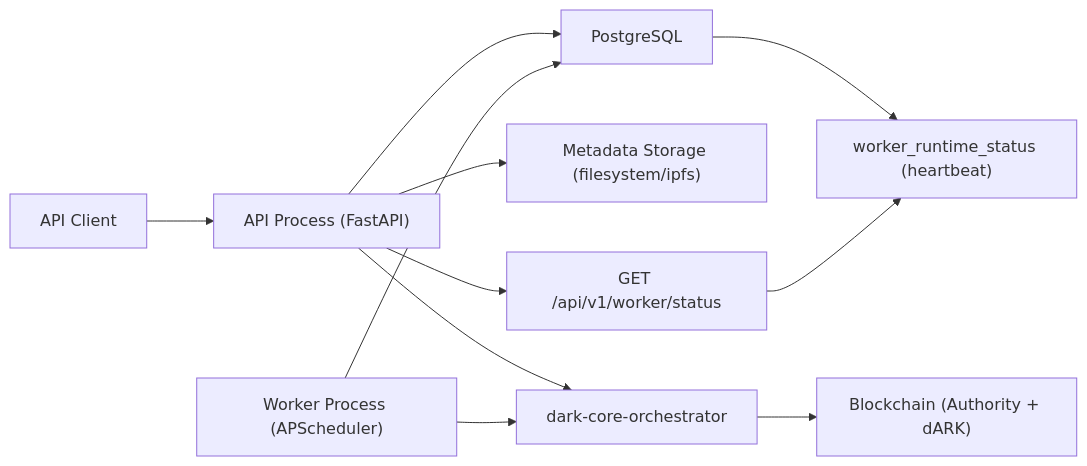
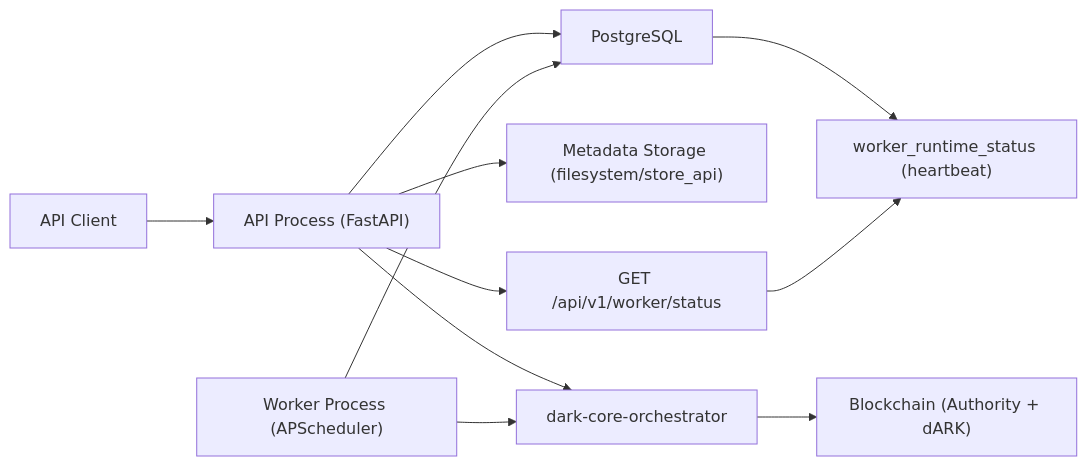
Before and after one commit to LA-Referencia-IOI/dark-core-minter-api: the first of 9 diagrams in minter-architecture.md, drawn with Mermaid. The commit also changed other lines of this file and 19 other files, not shown here.

Commit message:
store api integration

````diff
--- a/minter-architecture.md
+++ b/minter-architecture.md
@@ -9,15 +9,15 @@
 ```mermaid
 flowchart LR
     C["API Client"] --> API["API Process (FastAPI)"]
     API --> DB["PostgreSQL"]
-    API --> ST["Metadata Storage (filesystem/ipfs)"]
+    API --> ST["Metadata Storage (filesystem/store_api)"]
     API --> ORCH["dark-core-orchestrator"]
     ORCH --> CHAIN["Blockchain (Authority + dARK)"]
 
     W["Worker Process (APScheduler)"] --> DB
     W --> ORCH
 
     DB --> HB["worker_runtime_status (heartbeat)"]
     API --> WS["GET /api/v1/worker/status"]
     WS --> HB
 ```
````
